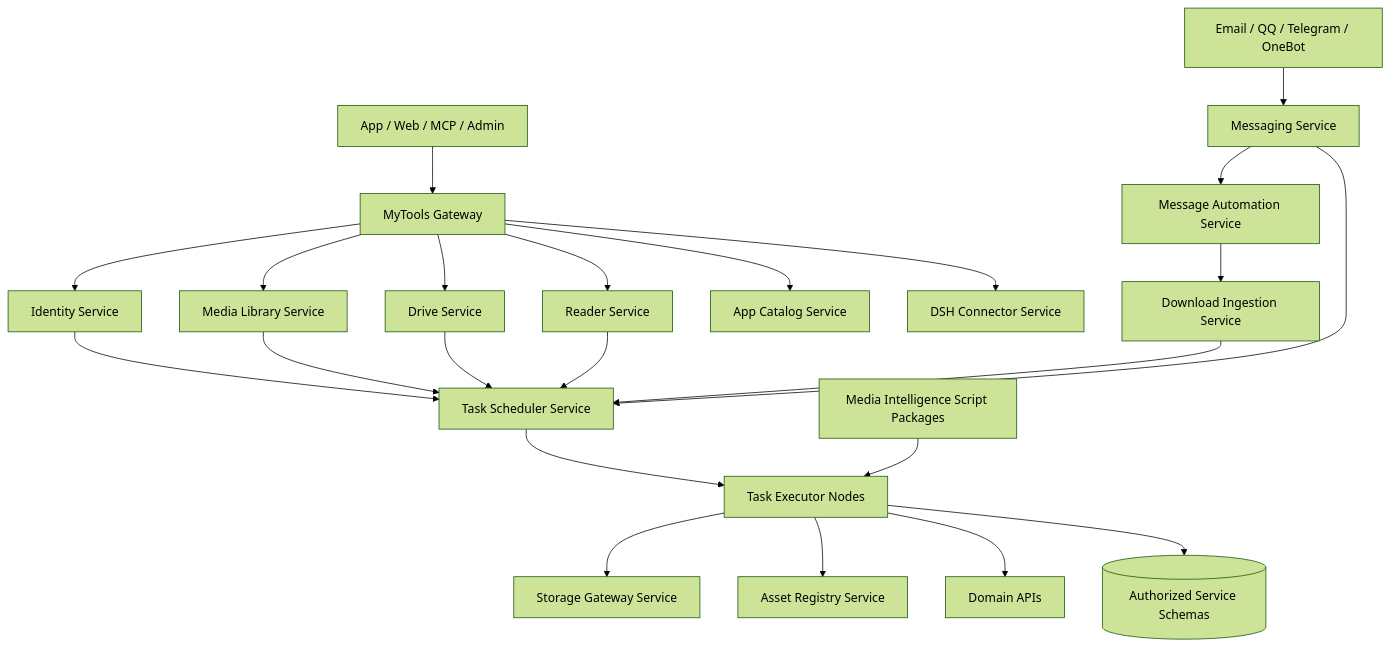
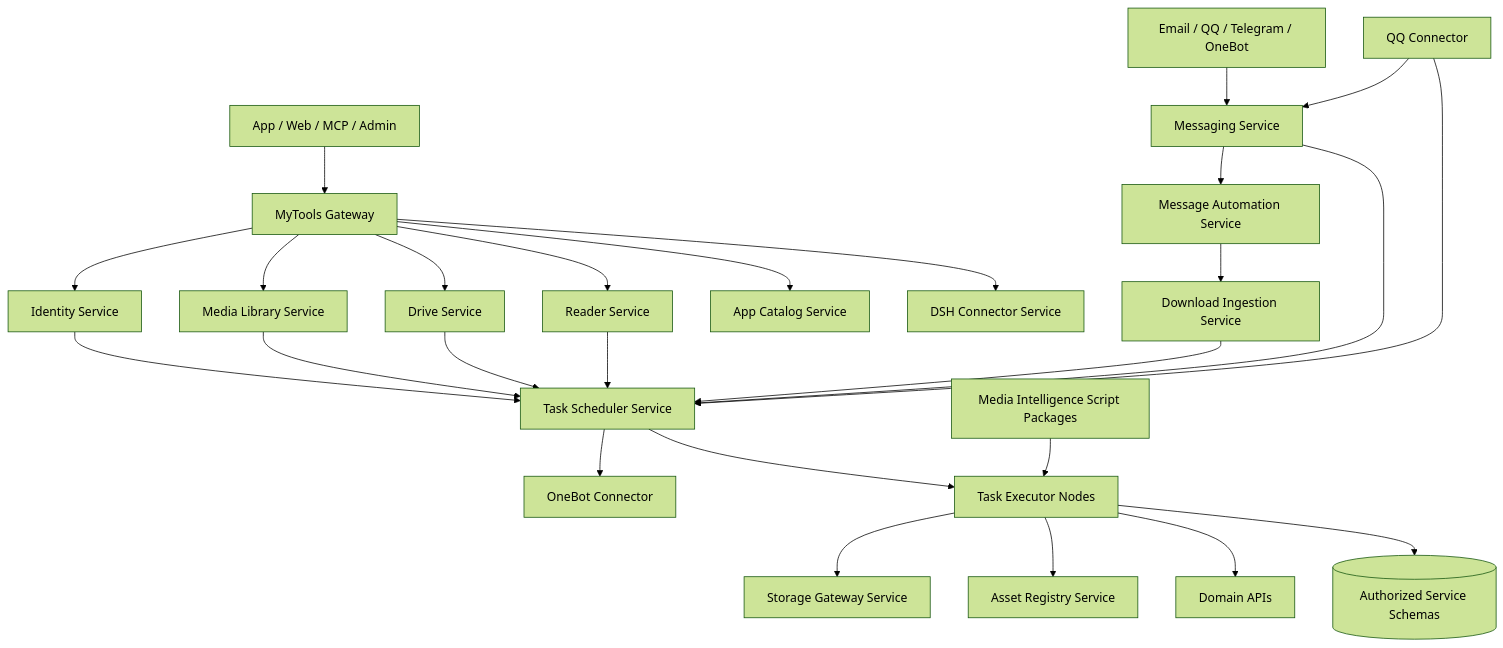
One commit to panjiankang1992-sudo/MyTools changed the diagram in service/design/00-overall-architecture.md. Above: the diagram before and after it, drawn with Mermaid (forest theme). The commit also changed 22 other files, not shown here.

````diff
--- a/service/design/00-overall-architecture.md
+++ b/service/design/00-overall-architecture.md
@@ -9,25 +9,28 @@
 ```mermaid
 flowchart TB
     C[App / Web / MCP / Admin] --> G[MyTools Gateway]
     CH[Email / QQ / Telegram / OneBot] --> M[Messaging Service]
+    QQ[QQ Connector] --> M
+    QQ --> TS[Task Scheduler]
+    TS --> OB[OneBot Connector]
     G --> I[Identity Service]
     G --> ML[Media Library Service]
     G --> D[Drive Service]
     G --> R[Reader Service]
     G --> AC[App Catalog Service]
     G --> DSH[DSH Connector Service]
     M --> A[Message Automation Service]
     A --> DI[Download Ingestion Service]
     I --> TS[Task Scheduler Service]
     M --> TS
     DI --> TS
     ML --> TS
     D --> TS
     R --> TS
     TS --> TE[Task Executor Nodes]
     TE --> SG[Storage Gateway Service]
     TE --> AR[Asset Registry Service]
     TE --> API[Domain APIs]
     TE --> DB[(Authorized Service Schemas)]
     MI[Media Intelligence Script Packages] --> TE
 ```
````
